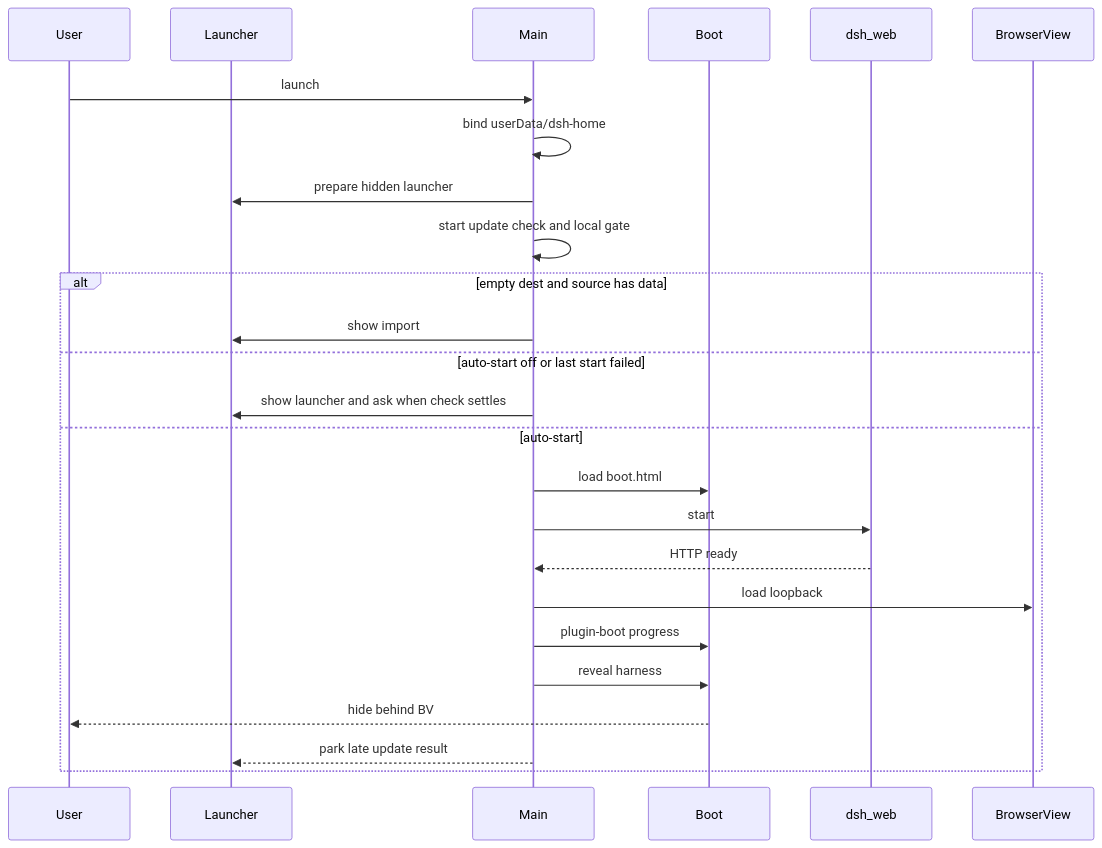
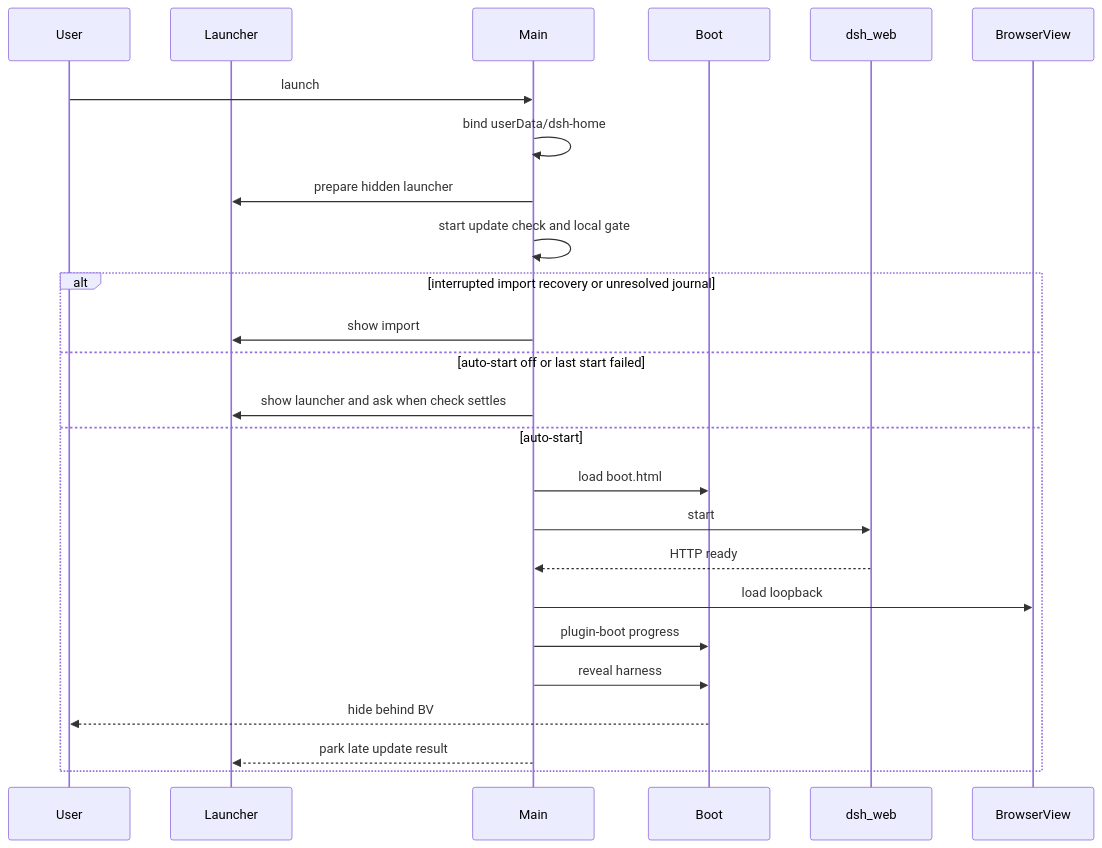
The diagram in docs/handbook/flows/boot-to-ready.md (ChisaAlter/Deepseek-Harness-Desktop), drawn with Mermaid before and after one commit. The commit also changed other lines of this file and 258 other files, not shown here.

````diff
--- a/docs/handbook/flows/boot-to-ready.md
+++ b/docs/handbook/flows/boot-to-ready.md
@@ -13,27 +13,27 @@
 ```mermaid
 sequenceDiagram
   participant User
   participant Launcher
   participant Main
   participant Boot
   participant Dsh as dsh_web
   participant BV as BrowserView
   User->>Main: launch
   Main->>Main: bind userData/dsh-home
   Main->>Launcher: prepare hidden launcher
   Main->>Main: start update check and local gate
-  alt empty dest and source has data
+  alt interrupted import recovery or unresolved journal
     Main->>Launcher: show import
   else auto-start off or last start failed
     Main->>Launcher: show launcher and ask when check settles
   else auto-start
     Main->>Boot: load boot.html
     Main->>Dsh: start
     Dsh-->>Main: HTTP ready
     Main->>BV: load loopback
     Main->>Boot: plugin-boot progress
     Main->>Boot: reveal harness
     Boot-->>User: hide behind BV
     Main-->>Launcher: park late update result
   end
 ```
````
